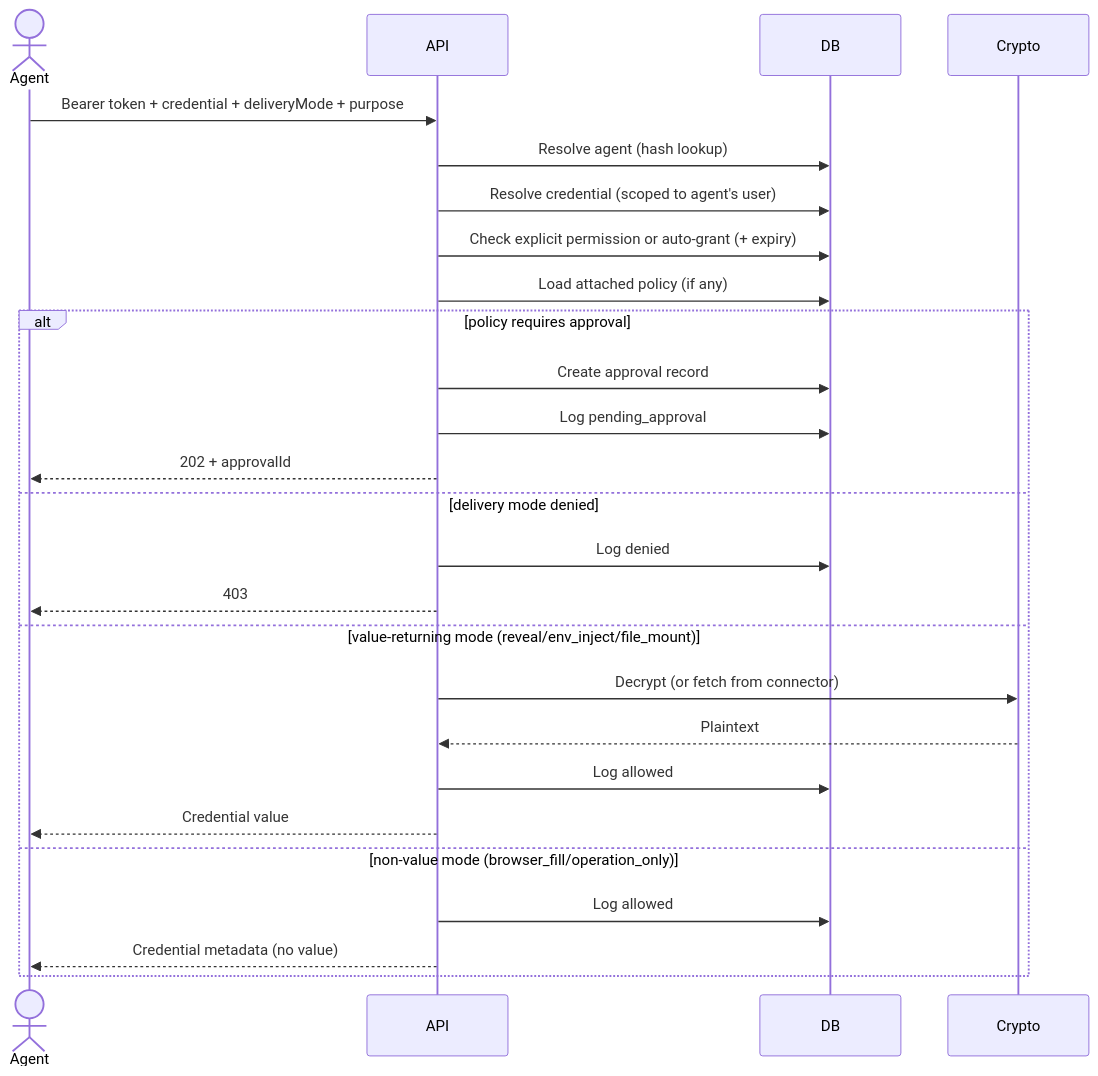
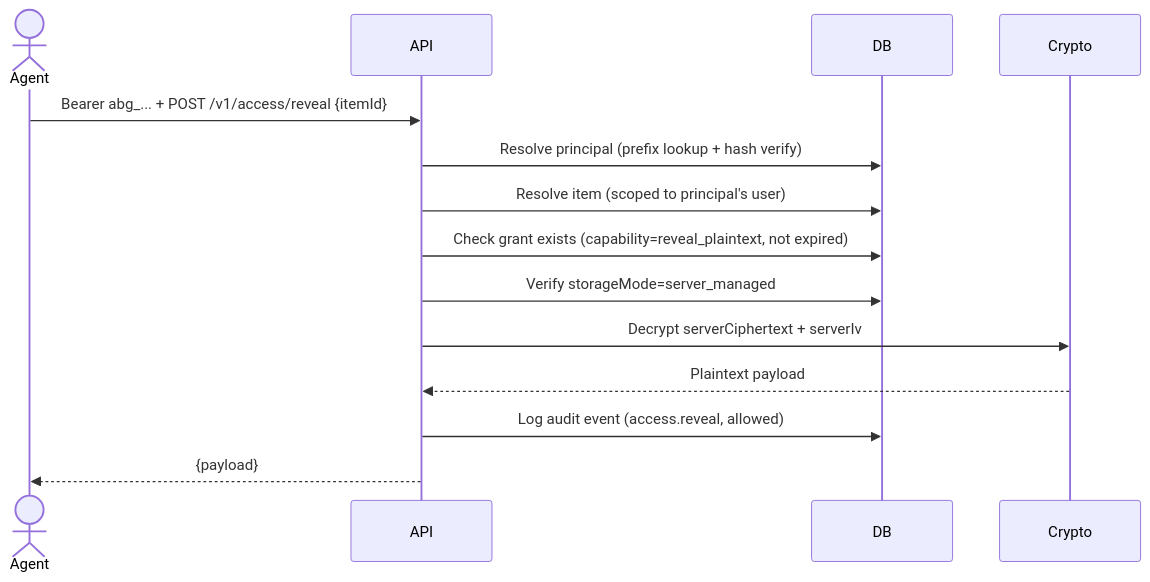
Before and after one commit to punitarani/abadge: the fifth of 9 diagrams in docs/ARCHITECTURE.md, drawn with Mermaid. The commit also changed other lines of this file and 35 other files, not shown here.

````diff
--- a/docs/ARCHITECTURE.md
+++ b/docs/ARCHITECTURE.md
@@ -300,30 +304,17 @@
 ```mermaid
 sequenceDiagram
   actor Agent
   participant API
   participant DB
   participant Crypto
 
-  Agent->>API: Bearer token + credential + deliveryMode + purpose
-  API->>DB: Resolve agent (hash lookup)
-  API->>DB: Resolve credential (scoped to agent's user)
-  API->>DB: Check explicit permission or auto-grant (+ expiry)
-  API->>DB: Load attached policy (if any)
-
-  alt policy requires approval
-    API->>DB: Create approval record
-    API->>DB: Log pending_approval
-    API-->>Agent: 202 + approvalId
-  else delivery mode denied
-    API->>DB: Log denied
-    API-->>Agent: 403
-  else value-returning mode (reveal/env_inject/file_mount)
-    API->>Crypto: Decrypt (or fetch from connector)
-    Crypto-->>API: Plaintext
-    API->>DB: Log allowed
-    API-->>Agent: Credential value
-  else non-value mode (browser_fill/operation_only)
-    API->>DB: Log allowed
-    API-->>Agent: Credential metadata (no value)
-  end
+  Agent->>API: Bearer abg_... + POST /v1/access/reveal {itemId}
+  API->>DB: Resolve principal (prefix lookup + hash verify)
+  API->>DB: Resolve item (scoped to principal's user)
+  API->>DB: Check grant exists (capability=reveal_plaintext, not expired)
+  API->>DB: Verify storageMode=server_managed
+  API->>Crypto: Decrypt serverCiphertext + serverIv
+  Crypto-->>API: Plaintext payload
+  API->>DB: Log audit event (access.reveal, allowed)
+  API-->>Agent: {payload}
 ```
````
